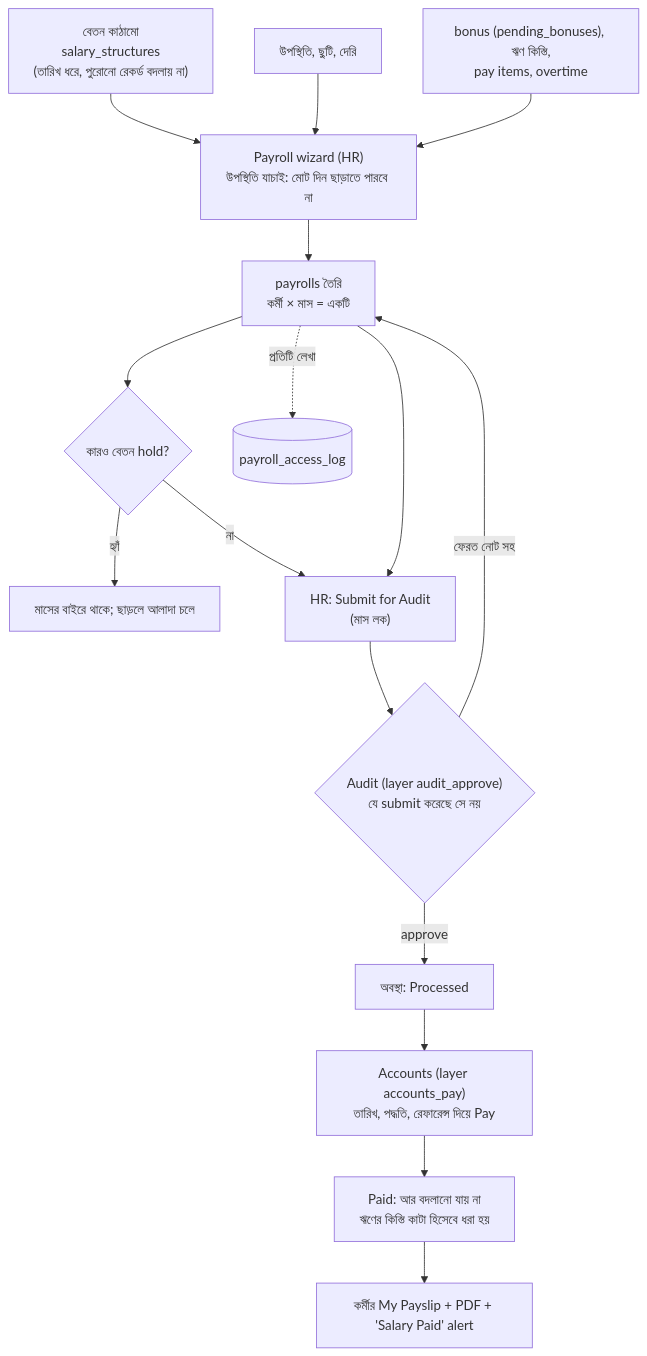
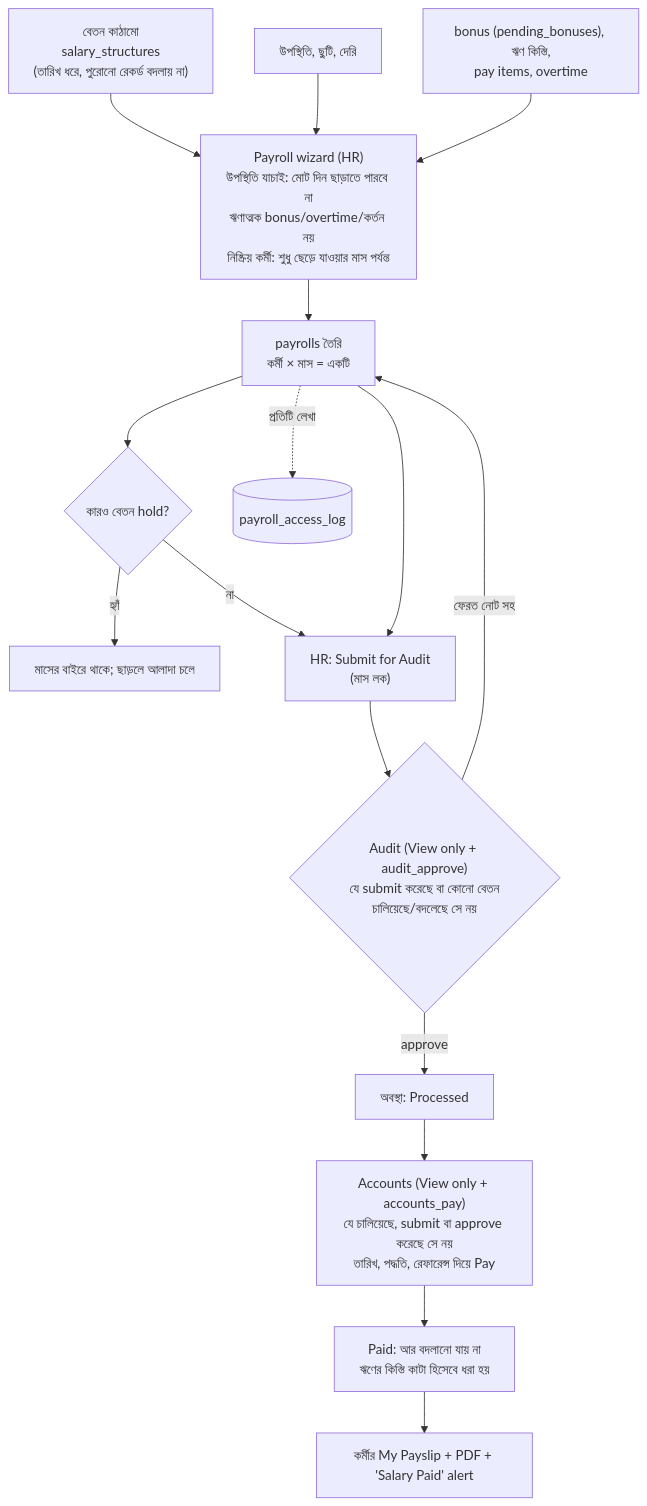
One commit to ruhulamencredence/CredenceHR changed the ninth of 13 diagrams in docs/architecture/02-application-workflow.md. Above: the diagram before and after it, drawn with Mermaid. The commit also changed other lines of this file and 20 other files, not shown here.

First line of the commit message:
Payroll: keep audit duties apart and log salary account changes

````diff
--- a/docs/architecture/02-application-workflow.md
+++ b/docs/architecture/02-application-workflow.md
@@ -236,18 +236,18 @@
 ```mermaid
 flowchart TD
   SS["বেতন কাঠামো<br/>salary_structures<br/>(তারিখ ধরে, পুরোনো রেকর্ড বদলায় না)"] --> WZ
   ATW["উপস্থিতি, ছুটি, দেরি"] --> WZ
   BN["bonus (pending_bonuses), ঋণ কিস্তি,<br/>pay items, overtime"] --> WZ
-  WZ["Payroll wizard (HR)<br/>উপস্থিতি যাচাই: মোট দিন ছাড়াতে পারবে না"] --> GEN["payrolls তৈরি<br/>কর্মী × মাস = একটি"]
+  WZ["Payroll wizard (HR)<br/>উপস্থিতি যাচাই: মোট দিন ছাড়াতে পারবে না<br/>ঋণাত্মক bonus/overtime/কর্তন নয়<br/>নিষ্ক্রিয় কর্মী: শুধু ছেড়ে যাওয়ার মাস পর্যন্ত"] --> GEN["payrolls তৈরি<br/>কর্মী × মাস = একটি"]
   GEN --> HOLD{"কারও বেতন hold?"}
   HOLD -- হ্যাঁ --> HD["মাসের বাইরে থাকে; ছাড়লে আলাদা চলে"]
   HOLD -- না --> SUB
   GEN --> SUB["HR: Submit for Audit<br/>(মাস লক)"]
-  SUB --> AUD{"Audit (layer audit_approve)<br/>যে submit করেছে সে নয়"}
+  SUB --> AUD{"Audit (View only + audit_approve)<br/>যে submit করেছে বা কোনো বেতন<br/>চালিয়েছে/বদলেছে সে নয়"}
   AUD -- ফেরত নোট সহ --> GEN
   AUD -- approve --> PR["অবস্থা: Processed"]
-  PR --> PAY["Accounts (layer accounts_pay)<br/>তারিখ, পদ্ধতি, রেফারেন্স দিয়ে Pay"]
+  PR --> PAY["Accounts (View only + accounts_pay)<br/>যে চালিয়েছে, submit বা approve করেছে সে নয়<br/>তারিখ, পদ্ধতি, রেফারেন্স দিয়ে Pay"]
   PAY --> PD["Paid: আর বদলানো যায় না<br/>ঋণের কিস্তি কাটা হিসেবে ধরা হয়"]
   PD --> PSLIP["কর্মীর My Payslip + PDF + 'Salary Paid' alert"]
   GEN -. প্রতিটি লেখা .-> LOG[(payroll_access_log)]
 ```
````
